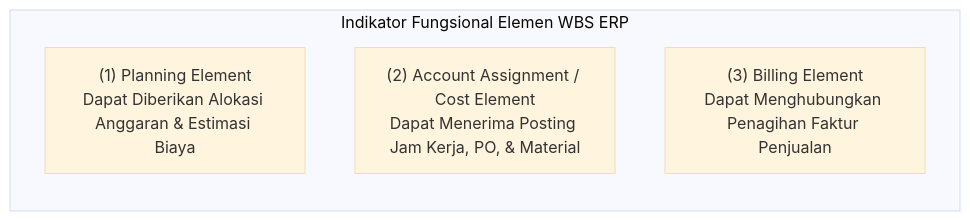
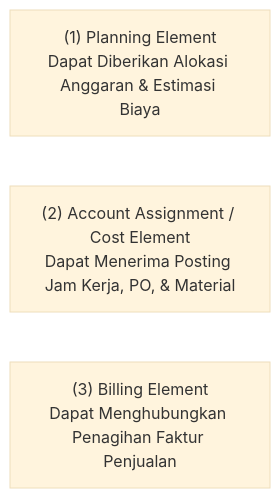
Before and after one commit to alimurrofid/erp-notes: the second of 3 diagrams in content/09-project/project-structure-and-work-breakdown.md, drawn with Mermaid (base theme). The commit also changed 58 other files, not shown here.

Commit message:
fix(content):Mermaid Subgraph

````diff
--- a/content/09-project/project-structure-and-work-breakdown.md
+++ b/content/09-project/project-structure-and-work-breakdown.md
@@ -46,8 +46,6 @@
 ```mermaid
 graph LR
-    subgraph WBSAttributes["Indikator Fungsional Elemen WBS ERP"]
         Plan["(1) Planning Element<br/>Dapat Diberikan Alokasi Anggaran & Estimasi Biaya"]
         Cost["(2) Account Assignment / Cost Element<br/>Dapat Menerima Posting Jam Kerja, PO, & Material"]
         Bill["(3) Billing Element<br/>Dapat Menghubungkan Penagihan Faktur Penjualan"]
-    end
 ```
````
